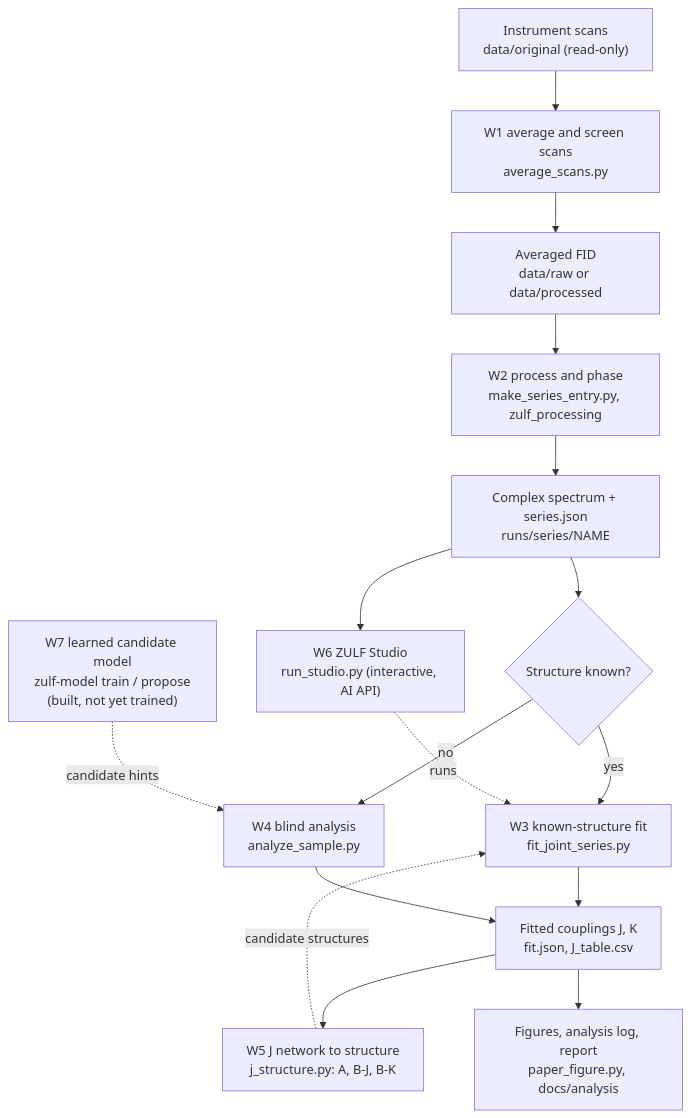
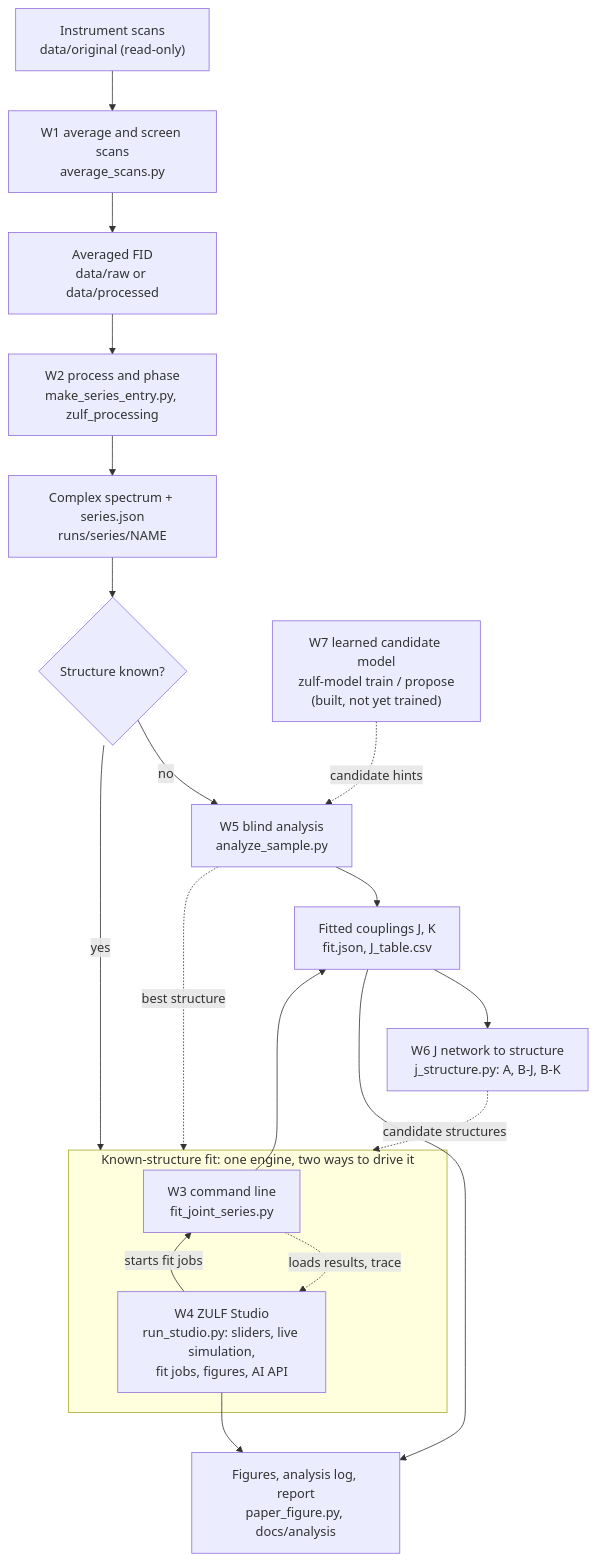
The first of 8 diagrams in docs/WORKFLOW.md (gao-xh/ZULF_Model), drawn with Mermaid before and after one commit. The commit also changed other lines of this file, not shown here.

Commit message:
docs: studio as the interactive front end of the known-structure fit in the workflow map (W4)

````diff
--- a/docs/WORKFLOW.md
+++ b/docs/WORKFLOW.md
@@ -15,26 +15,33 @@
 ```mermaid
 flowchart TD
     scans["Instrument scans<br/>data/original (read-only)"]
     avg["W1 average and screen scans<br/>average_scans.py"]
     fid["Averaged FID<br/>data/raw or data/processed"]
     proc["W2 process and phase<br/>make_series_entry.py, zulf_processing"]
     spec["Complex spectrum + series.json<br/>runs/series/NAME"]
     known{"Structure known?"}
-    fit["W3 known-structure fit<br/>fit_joint_series.py"]
-    blind["W4 blind analysis<br/>analyze_sample.py"]
+    blind["W5 blind analysis<br/>analyze_sample.py"]
     jnet["Fitted couplings J, K<br/>fit.json, J_table.csv"]
-    j2s["W5 J network to structure<br/>j_structure.py: A, B-J, B-K"]
+    j2s["W6 J network to structure<br/>j_structure.py: A, B-J, B-K"]
     report["Figures, analysis log, report<br/>paper_figure.py, docs/analysis"]
-    studio["W6 ZULF Studio<br/>run_studio.py (interactive, AI API)"]
     nn["W7 learned candidate model<br/>zulf-model train / propose<br/>(built, not yet trained)"]
 
+    subgraph known_fit["Known-structure fit: one engine, two ways to drive it"]
+        fit["W3 command line<br/>fit_joint_series.py"]
+        studio["W4 ZULF Studio<br/>run_studio.py: sliders, live simulation,<br/>fit jobs, figures, AI API"]
+        studio -- starts fit jobs --> fit
+        fit -. loads results, trace .-> studio
+    end
+
     scans --> avg --> fid --> proc --> spec --> known
-    known -- yes --> fit --> jnet
-    known -- no --> blind --> jnet
+    known -- yes --> known_fit
+    known -- no --> blind
+    blind -. best structure .-> known_fit
+    fit --> jnet
+    blind --> jnet
     jnet --> j2s
-    j2s -. candidate structures .-> fit
+    j2s -. candidate structures .-> known_fit
     jnet --> report
-    spec --> studio
-    studio -. runs .-> fit
+    studio --> report
     nn -. candidate hints .-> blind
 ```
````
